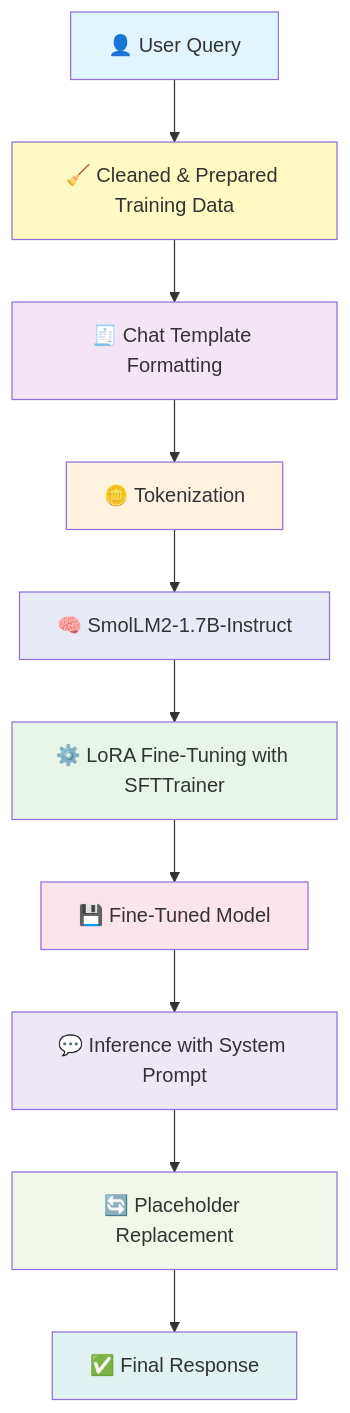
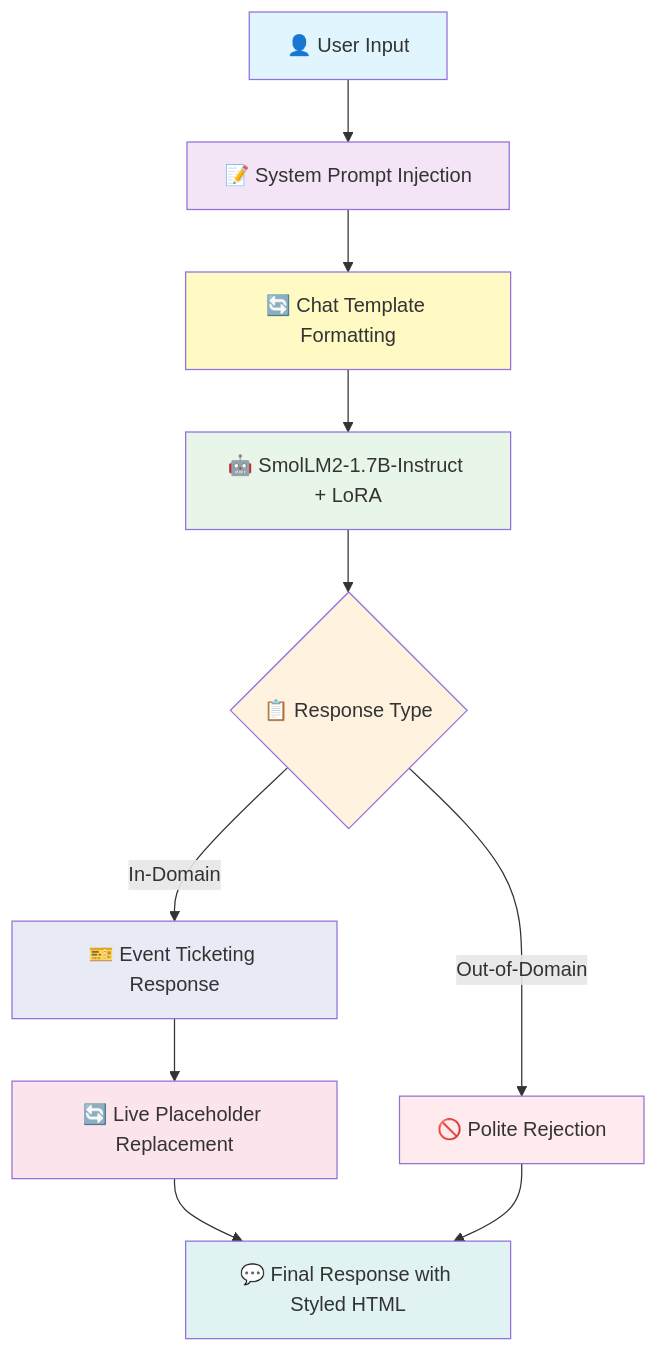
The diagram in README.md (JustToTryModels/hfsmollm2), drawn with Mermaid before and after one commit. The commit also changed other lines of this file, not shown here.

````diff
--- a/README.md
+++ b/README.md
@@ -118,23 +119,22 @@
 ```mermaid
 graph TB
-    A[👤 User Query] --> B[🧹 Cleaned & Prepared Training Data]
-    B --> C[🧾 Chat Template Formatting]
-    C --> D[🪙 Tokenization]
-    D --> E[🧠 SmolLM2-1.7B-Instruct]
-    E --> F[⚙️ LoRA Fine-Tuning with SFTTrainer]
-    F --> G[💾 Fine-Tuned Model]
-    G --> H[💬 Inference with System Prompt]
-    H --> I[🔄 Placeholder Replacement]
-    I --> J[✅ Final Response]
+    A[👤 User Input] --> B[📝 System Prompt Injection]
+    B --> C[🔄 Chat Template Formatting]
+    C --> D[🤖 SmolLM2-1.7B-Instruct + LoRA]
+    D --> E{📋 Response Type}
+    E -->|In-Domain| F[🎫 Event Ticketing Response]
+    E -->|Out-of-Domain| G[🚫 Polite Rejection]
+    F --> H[🔄 Live Placeholder Replacement]
+    H --> I[💬 Final Response with Styled HTML]
+    G --> I
 
     style A fill:#e1f5fe
-    style B fill:#fff9c4
-    style C fill:#f3e5f5
-    style D fill:#fff3e0
-    style E fill:#e8eaf6
-    style F fill:#e8f5e9
-    style G fill:#fce4ec
-    style H fill:#ede7f6
-    style I fill:#f1f8e9
-    style J fill:#e0f2f1
+    style B fill:#f3e5f5
+    style C fill:#fff9c4
+    style D fill:#e8f5e9
+    style E fill:#fff3e0
+    style F fill:#e8eaf6
+    style G fill:#ffebee
+    style H fill:#fce4ec
+    style I fill:#e0f2f1
 ```
````
